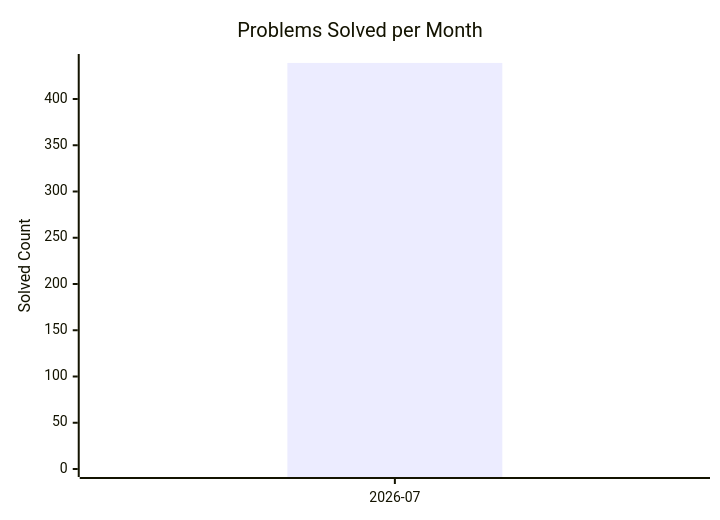
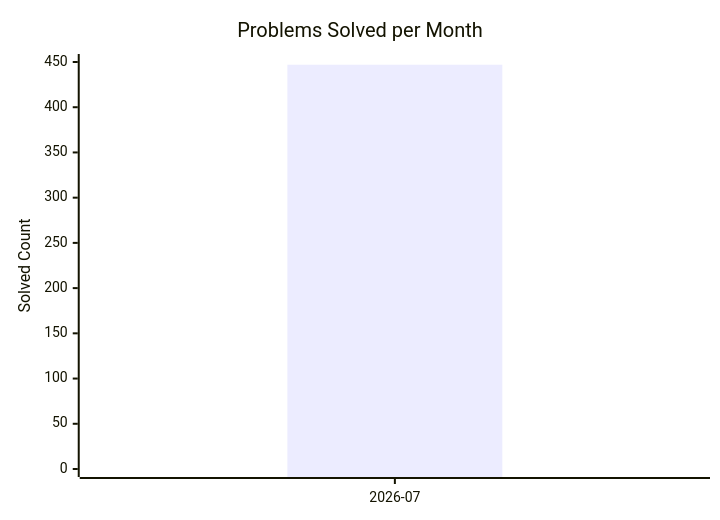
One commit to AdityaPandey-DEV/CP-Progress-Sync changed the diagram in dashboard.md. Above: the diagram before and after it, drawn with Mermaid. The commit also changed other lines of this file, not shown here.

Commit message:
Auto-update CP dashboard [skip ci]

````diff
--- a/dashboard.md
+++ b/dashboard.md
@@ -8,8 +8,8 @@
 ```mermaid
 xychart-beta
     title "Problems Solved per Month"
     x-axis ["2026-07"]
-    y-axis "Solved Count" 0 --> 440
-    bar [439]
-    line [439]
+    y-axis "Solved Count" 0 --> 450
+    bar [447]
+    line [447]
 ```
````
